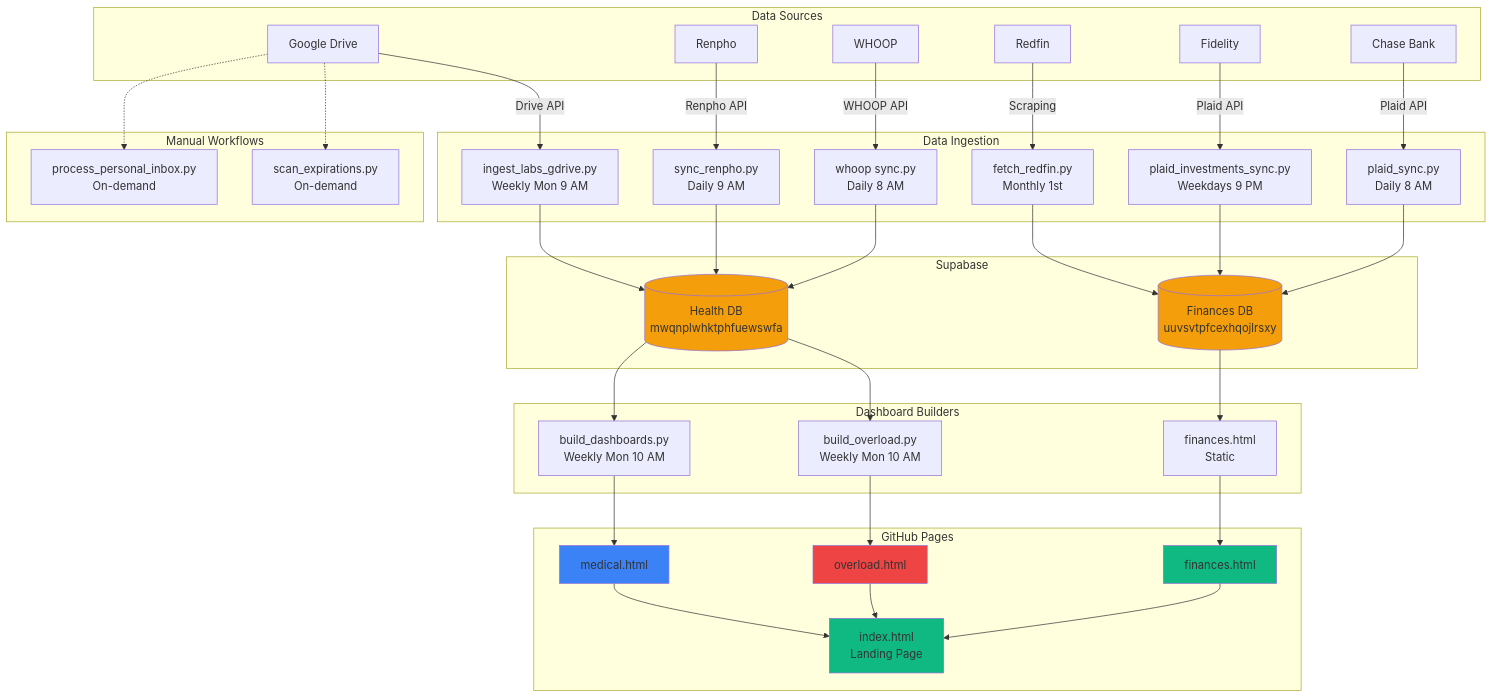
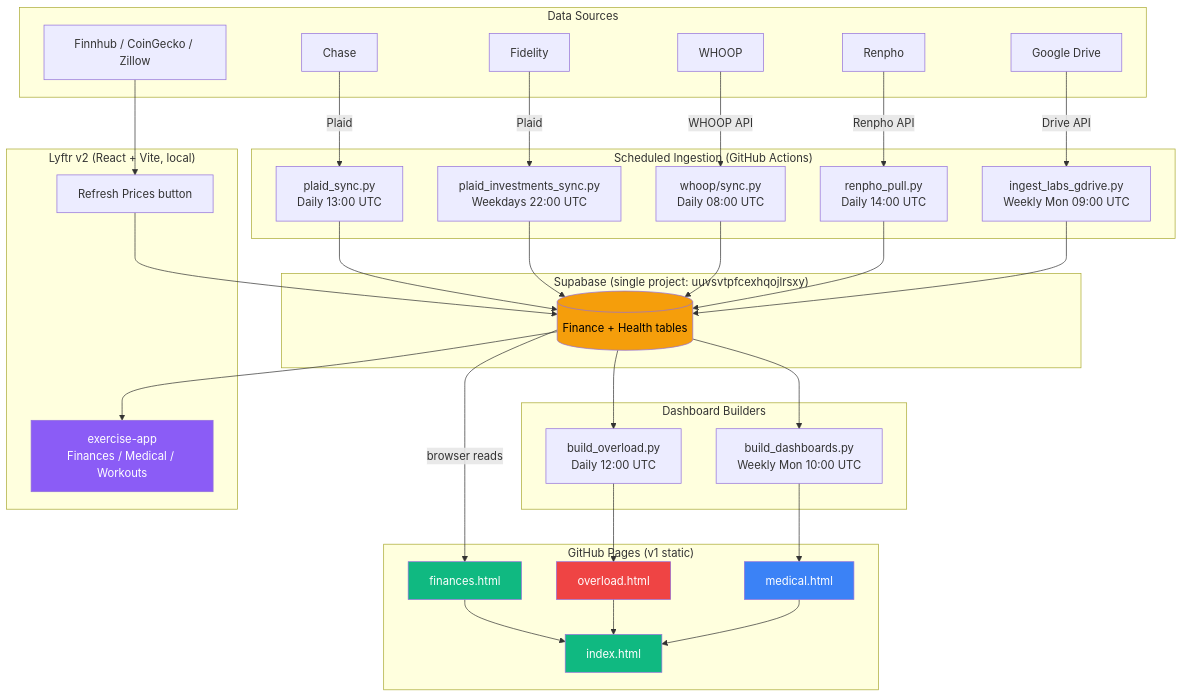
Before and after one commit to fernandomartinez-de/personal: the diagram in README.md, drawn with Mermaid. The commit also changed other lines of this file and 1 other file, not shown here.

Commit message:
docs: correct README and architecture diagram; mark Fidelity automation live

````diff
--- a/README.md
+++ b/README.md
@@ -268,79 +254,74 @@
 ```mermaid
 graph TB
-    subgraph "Data Sources"
-        CHASE[Chase Bank]
+    subgraph Sources["Data Sources"]
+        CHASE[Chase]
         FIDELITY[Fidelity]
         WHOOP[WHOOP]
         RENPHO[Renpho]
-        REDFIN[Redfin]
+        PRICES[Finnhub / CoinGecko / Zillow]
         GDRIVE[Google Drive]
     end
 
-    subgraph "Data Ingestion"
-        PLAID_CHASE[plaid_sync.py<br/>Daily 8 AM]
-        PLAID_INV[plaid_investments_sync.py<br/>Weekdays 9 PM]
-        WHOOP_SYNC[whoop sync.py<br/>Daily 8 AM]
-        BODY_SYNC[sync_renpho.py<br/>Daily 9 AM]
-        REDFIN_SYNC[fetch_redfin.py<br/>Monthly 1st]
-        LABS_INGEST[ingest_labs_gdrive.py<br/>Weekly Mon 9 AM]
+    subgraph Ingest["Scheduled Ingestion (GitHub Actions)"]
+        PLAID_CHASE[plaid_sync.py<br/>Daily 13:00 UTC]
+        PLAID_INV[plaid_investments_sync.py<br/>Weekdays 22:00 UTC]
+        WHOOP_SYNC[whoop/sync.py<br/>Daily 08:00 UTC]
+        BODY_SYNC[renpho_pull.py<br/>Daily 14:00 UTC]
+        LABS_INGEST[ingest_labs_gdrive.py<br/>Weekly Mon 09:00 UTC]
     end
 
-    subgraph "Supabase"
-        FINANCE_DB[(Finances DB<br/>uuvsvtpfcexhqojlrsxy)]
-        HEALTH_DB[(Health DB<br/>mwqnplwhktphfuewswfa)]
+    subgraph DB["Supabase (single project: uuvsvtpfcexhqojlrsxy)"]
+        SUPA[(Finance + Health tables)]
     end
 
-    subgraph "Dashboard Builders"
-        BUILD_FINANCE[finances.html<br/>Static]
-        BUILD_FITNESS[build_overload.py<br/>Weekly Mon 10 AM]
-        BUILD_MEDICAL[build_dashboards.py<br/>Weekly Mon 10 AM]
+    subgraph Builders["Dashboard Builders"]
+        BUILD_FITNESS[build_overload.py<br/>Daily 12:00 UTC]
+        BUILD_MEDICAL[build_dashboards.py<br/>Weekly Mon 10:00 UTC]
     end
 
-    subgraph "GitHub Pages"
-        LANDING[index.html<br/>Landing Page]
+    subgraph Pages["GitHub Pages (v1 static)"]
+        LANDING[index.html]
         DASH_FINANCE[finances.html]
         DASH_FITNESS[overload.html]
         DASH_MEDICAL[medical.html]
     end
 
-    subgraph "Manual Workflows"
-        DOCS[process_personal_inbox.py<br/>On-demand]
-        EXPIRATIONS[scan_expirations.py<br/>On-demand]
+    subgraph V2["Lyftr v2 (React + Vite, local)"]
+        LYFTR[exercise-app<br/>Finances / Medical / Workouts]
+        REFRESH[Refresh Prices button]
     end
 
-    CHASE -->|Plaid API| PLAID_CHASE
-    FIDELITY -->|Plaid API| PLAID_INV
+    CHASE -->|Plaid| PLAID_CHASE
+    FIDELITY -->|Plaid| PLAID_INV
     WHOOP -->|WHOOP API| WHOOP_SYNC
     RENPHO -->|Renpho API| BODY_SYNC
-    REDFIN -->|Scraping| REDFIN_SYNC
     GDRIVE -->|Drive API| LABS_INGEST
 
-    PLAID_CHASE --> FINANCE_DB
-    PLAID_INV --> FINANCE_DB
-    REDFIN_SYNC --> FINANCE_DB
-    WHOOP_SYNC --> HEALTH_DB
-    BODY_SYNC --> HEALTH_DB
-    LABS_INGEST --> HEALTH_DB
+    PLAID_CHASE --> SUPA
+    PLAID_INV --> SUPA
+    WHOOP_SYNC --> SUPA
+    BODY_SYNC --> SUPA
+    LABS_INGEST --> SUPA
 
-    FINANCE_DB --> BUILD_FINANCE
-    HEALTH_DB --> BUILD_FITNESS
-    HEALTH_DB --> BUILD_MEDICAL
+    SUPA --> BUILD_FITNESS
+    SUPA --> BUILD_MEDICAL
 
-    BUILD_FINANCE --> DASH_FINANCE
     BUILD_FITNESS --> DASH_FITNESS
     BUILD_MEDICAL --> DASH_MEDICAL
+    SUPA -->|browser reads| DASH_FINANCE
 
     DASH_FINANCE --> LANDING
     DASH_FITNESS --> LANDING
     DASH_MEDICAL --> LANDING
 
-    GDRIVE -.-> DOCS
-    GDRIVE -.-> EXPIRATIONS
+    SUPA --> LYFTR
+    PRICES --> REFRESH
+    REFRESH --> SUPA
 
-    style LANDING fill:#10b981
-    style DASH_FINANCE fill:#10b981
-    style DASH_FITNESS fill:#ef4444
-    style DASH_MEDICAL fill:#3b82f6
-    style FINANCE_DB fill:#f59e0b
-    style HEALTH_DB fill:#f59e0b
+    style LANDING fill:#10b981,color:#fff
+    style DASH_FINANCE fill:#10b981,color:#fff
+    style DASH_FITNESS fill:#ef4444,color:#fff
+    style DASH_MEDICAL fill:#3b82f6,color:#fff
+    style SUPA fill:#f59e0b,color:#000
+    style LYFTR fill:#8b5cf6,color:#fff
 ```
````
